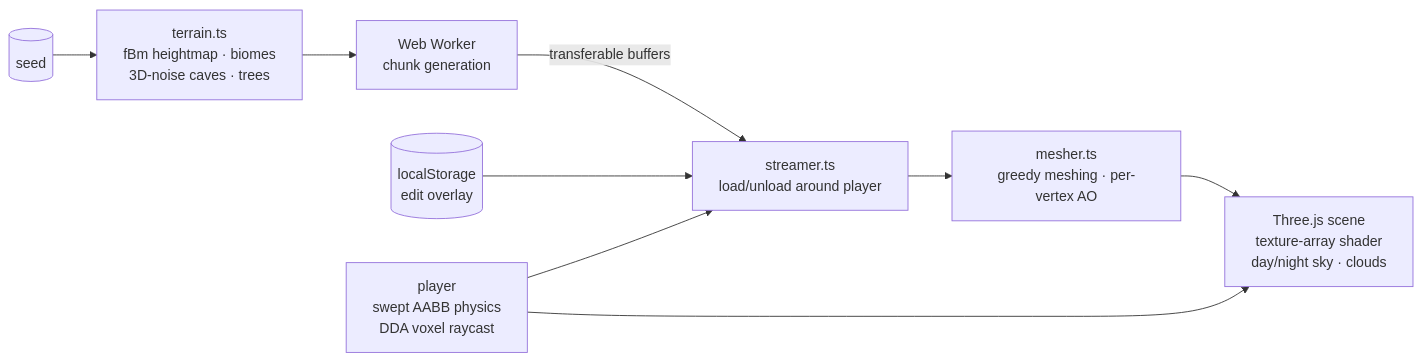
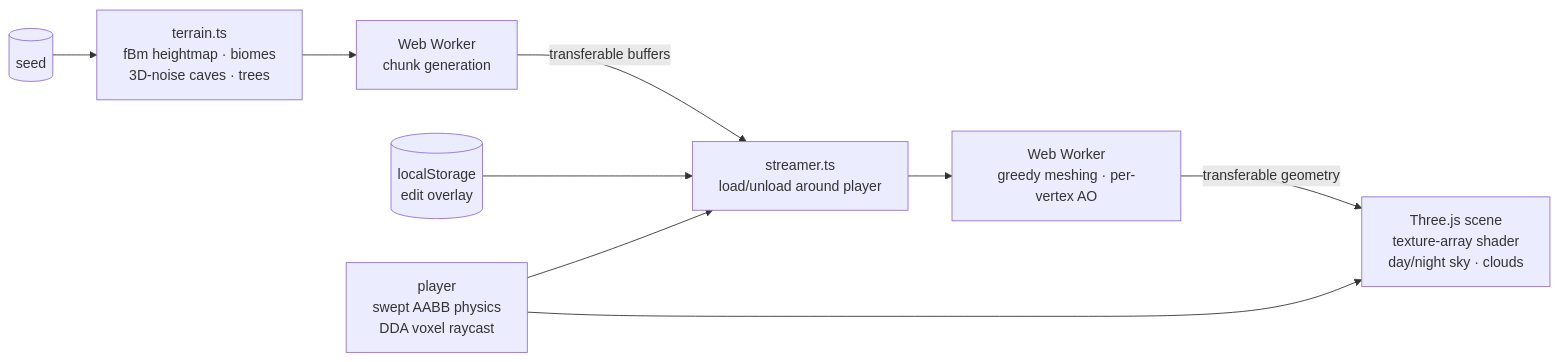
The diagram in README.md (Vincent-P-essy/minecraft-clone), drawn with Mermaid before and after one commit. The commit also changed other lines of this file and 2 other files, not shown here.

First line of the commit message:
Mesh off the main thread in a Web Worker; pack 16-bit indices

````diff
--- a/README.md
+++ b/README.md
@@ -50,11 +50,11 @@
 ```mermaid
 flowchart LR
     S[("seed")] --> T["terrain.ts<br/>fBm heightmap · biomes<br/>3D-noise caves · trees"]
     T --> W["Web Worker<br/>chunk generation"]
     W -->|transferable buffers| ST["streamer.ts<br/>load/unload around player"]
     E[("localStorage<br/>edit overlay")] --> ST
-    ST --> M["mesher.ts<br/>greedy meshing · per-vertex AO"]
-    M --> R["Three.js scene<br/>texture-array shader<br/>day/night sky · clouds"]
+    ST --> M["Web Worker<br/>greedy meshing · per-vertex AO"]
+    M -->|transferable geometry| R["Three.js scene<br/>texture-array shader<br/>day/night sky · clouds"]
     P["player<br/>swept AABB physics<br/>DDA voxel raycast"] --> ST
     P --> R
 ```
````
